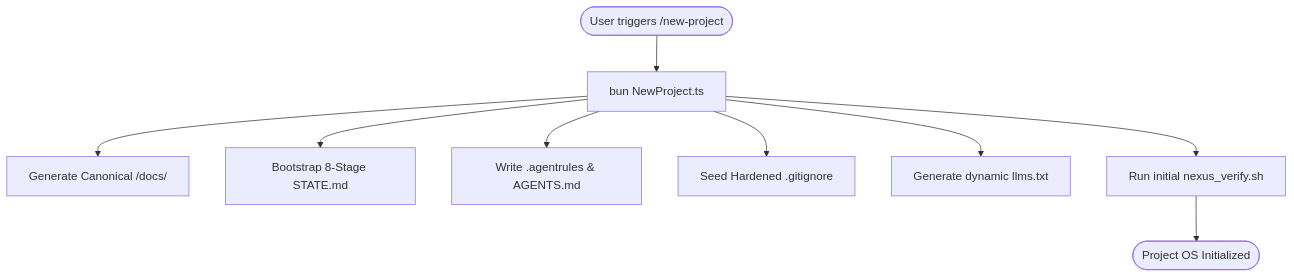
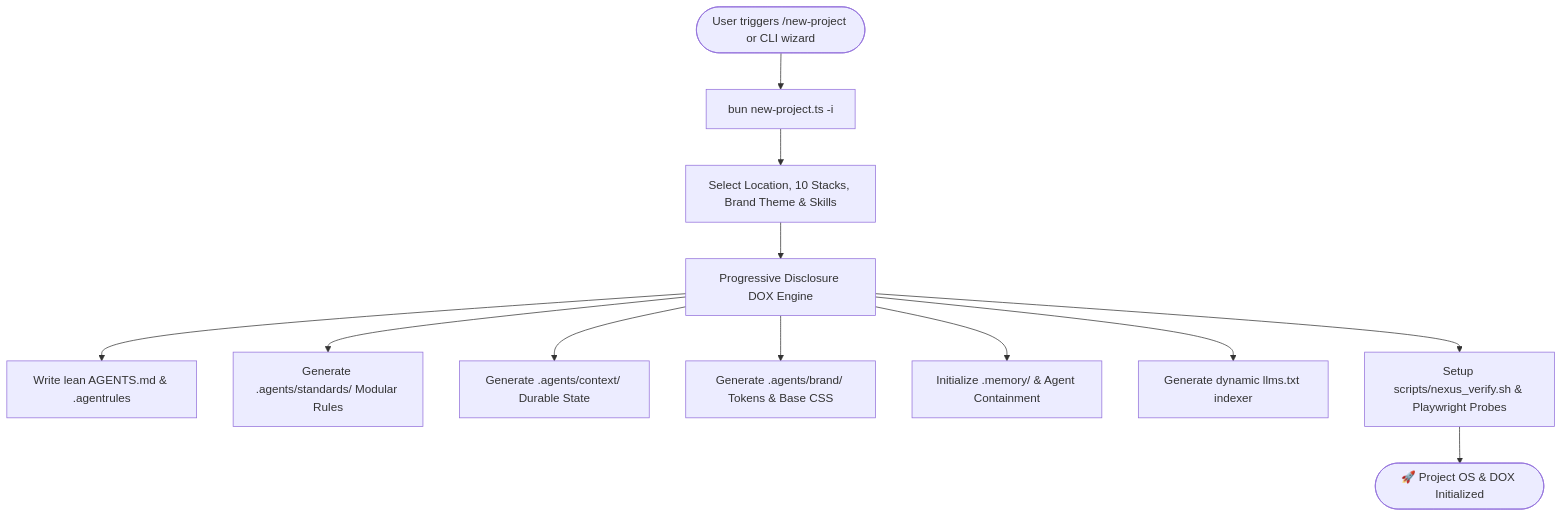
The second of 3 diagrams in docs/ARCHITECTURE.md (harshsinghmp/muse-skills), drawn with Mermaid before and after one commit. The commit also changed other lines of this file and 7 other files, not shown here.

First line of the commit message:
docs(repo): sync v1.5.0 release notes, architecture flow, catalog, and sanitized paths

````diff
--- a/docs/ARCHITECTURE.md
+++ b/docs/ARCHITECTURE.md
@@ -112,11 +112,14 @@
 ```mermaid
 graph TD
-    Trigger([User triggers /new-project]) --> Scaffolder[bun NewProject.ts]
-    Scaffolder --> DocGen[Generate Canonical /docs/]
-    Scaffolder --> StateMachine[Bootstrap 8-Stage STATE.md]
-    Scaffolder --> Governance[Write .agentrules & AGENTS.md]
-    Scaffolder --> Gitignore[Seed Hardened .gitignore]
-    Scaffolder --> LLMs[Generate dynamic llms.txt]
-    Scaffolder --> Verification[Run initial nexus_verify.sh]
-    Verification --> Ready([Project OS Initialized])
+    Trigger([User triggers /new-project or CLI wizard]) --> Wizard[bun new-project.ts -i]
+    Wizard --> Input[Select Location, 10 Stacks, Brand Theme & Skills]
+    Input --> DOX[Progressive Disclosure DOX Engine]
+    DOX --> RootDoc[Write lean AGENTS.md & .agentrules]
+    DOX --> Standards[Generate .agents/standards/ Modular Rules]
+    DOX --> Context[Generate .agents/context/ Durable State]
+    DOX --> Brand[Generate .agents/brand/ Tokens & Base CSS]
+    DOX --> Memory[Initialize .memory/ & Agent Containment]
+    DOX --> LLMs[Generate dynamic llms.txt indexer]
+    DOX --> Probes[Setup scripts/nexus_verify.sh & Playwright Probes]
+    Probes --> Ready([🚀 Project OS & DOX Initialized])
 ```
````
